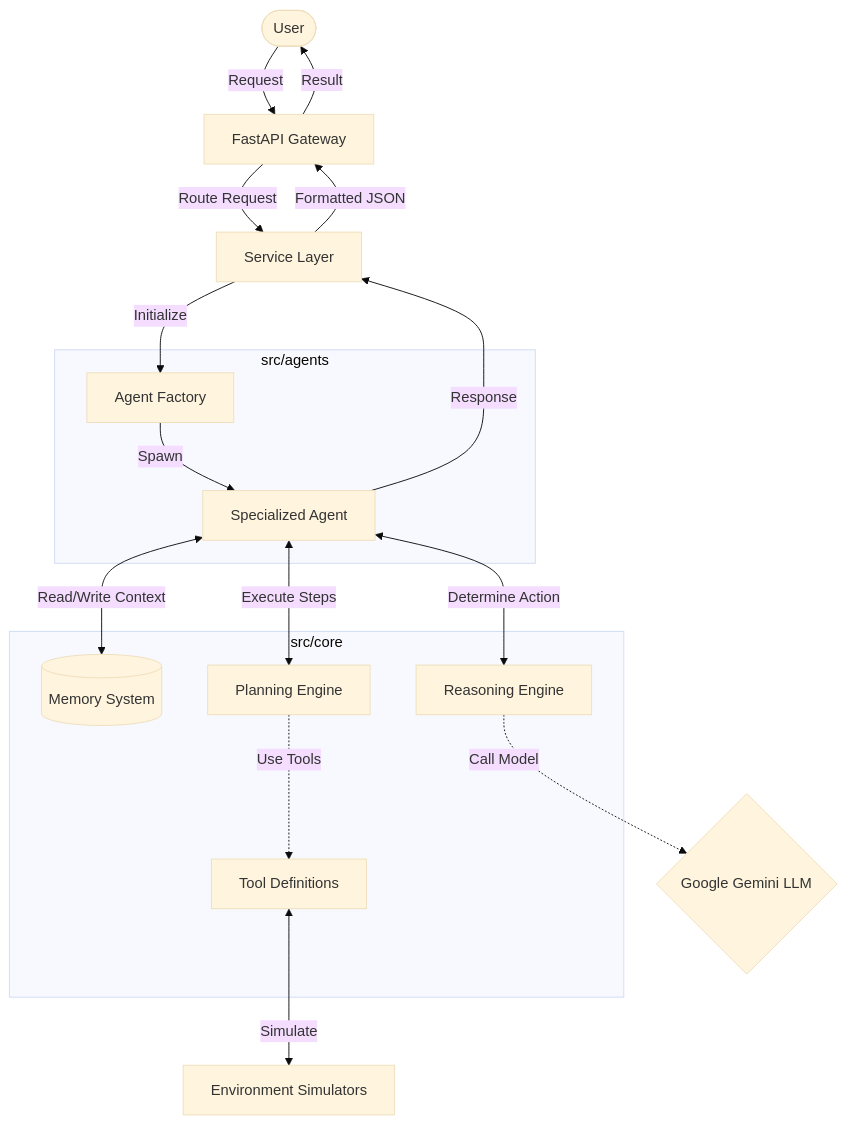
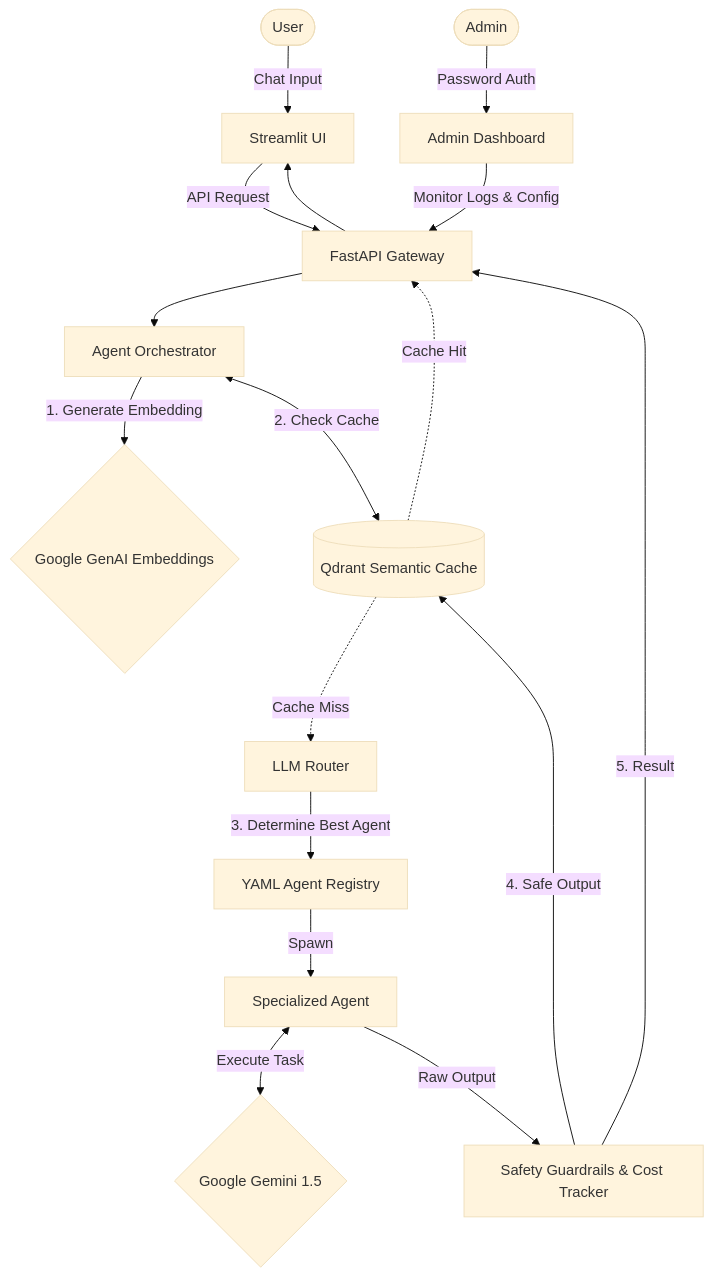
The diagram in README.md (Arif-Badhon/AI_Agent_Template_Google_ADK), drawn with Mermaid (base theme) before and after one commit. The commit also changed other lines of this file, not shown here.

````diff
--- a/README.md
+++ b/README.md
@@ -32,33 +31,28 @@
 ```mermaid
 graph TD
-    User([User]) -->|Request| API[FastAPI Gateway]
-    API -->|Route Request| Services[Service Layer]
+    User([User]) -->|Chat Input| UI[Streamlit UI]
+    UI -->|API Request| Gateway[FastAPI Gateway]
     
-    Services -->|Initialize| AgentFactory[Agent Factory]
-    AgentFactory -->|Spawn| Agent[Specialized Agent]
+    Gateway --> Orchestrator[Agent Orchestrator]
     
-    Agent <-->|Read/Write Context| Memory[(Memory System)]
-    Agent <-->|Execute Steps| Planning[Planning Engine]
-    Agent <-->|Determine Action| Reasoning[Reasoning Engine]
+    Orchestrator -->|1. Generate Embedding| Embedding{Google GenAI Embeddings}
+    Orchestrator <-->|2. Check Cache| Cache[(Qdrant Semantic Cache)]
     
-    Reasoning -.->|Call Model| LLM{Google Gemini LLM}
-    Planning -.->|Use Tools| Tools[Tool Definitions]
+    Cache -.->|Cache Hit| Gateway
     
-    Tools <-->|Simulate| Env[Environment Simulators]
+    Cache -.->|Cache Miss| Router[LLM Router]
+    Router -->|3. Determine Best Agent| Registry[YAML Agent Registry]
+    Registry -->|Spawn| Agent[Specialized Agent]
     
-    Agent -->|Response| Services
-    Services -->|Formatted JSON| API
-    API -->|Result| User
+    Agent <-->|Execute Task| LLM{Google Gemini 1.5}
     
-    subgraph Cognitive Architecture [src/core]
-        Memory
-        Planning
-        Reasoning
-        Tools
-    end
+    Agent -->|Raw Output| Guardrails[Safety Guardrails & Cost Tracker]
+    Guardrails -->|4. Safe Output| Cache
+    Guardrails -->|5. Result| Gateway
     
-    subgraph Agent Logic [src/agents]
-        AgentFactory
-        Agent
-    end
+    Gateway --> UI
+    
+    Admin([Admin]) -->|Password Auth| AdminUI[Admin Dashboard]
+    AdminUI -->|Monitor Logs & Config| Gateway
+
 ```
````
